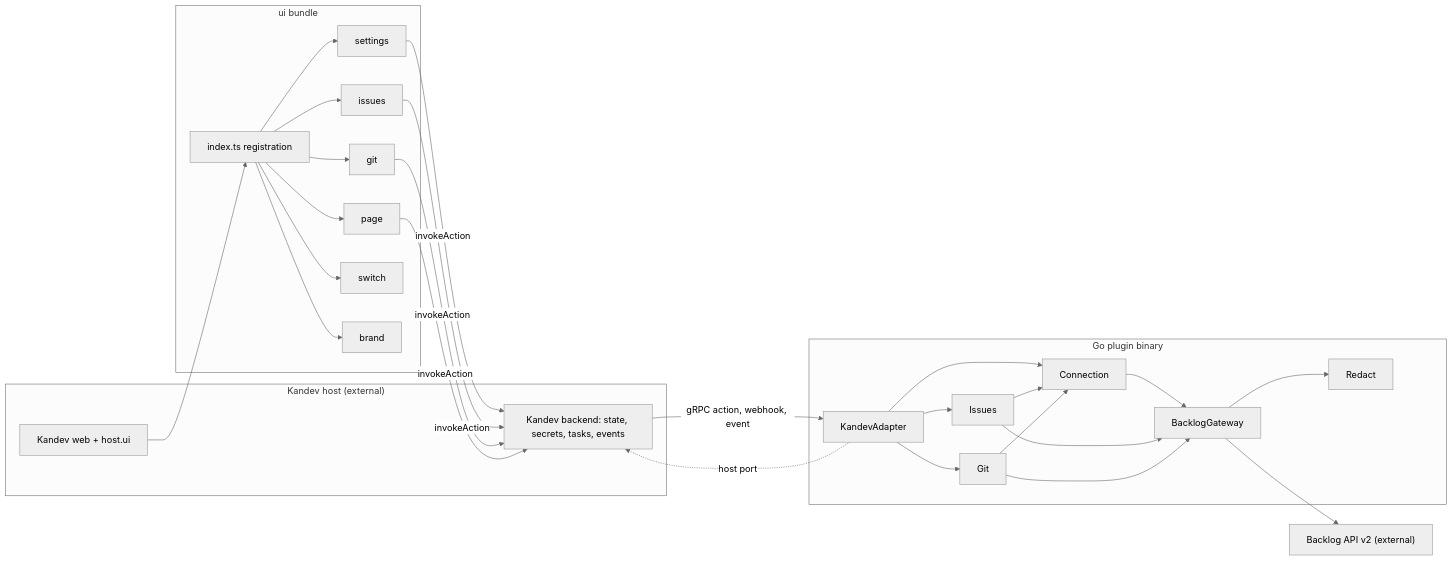
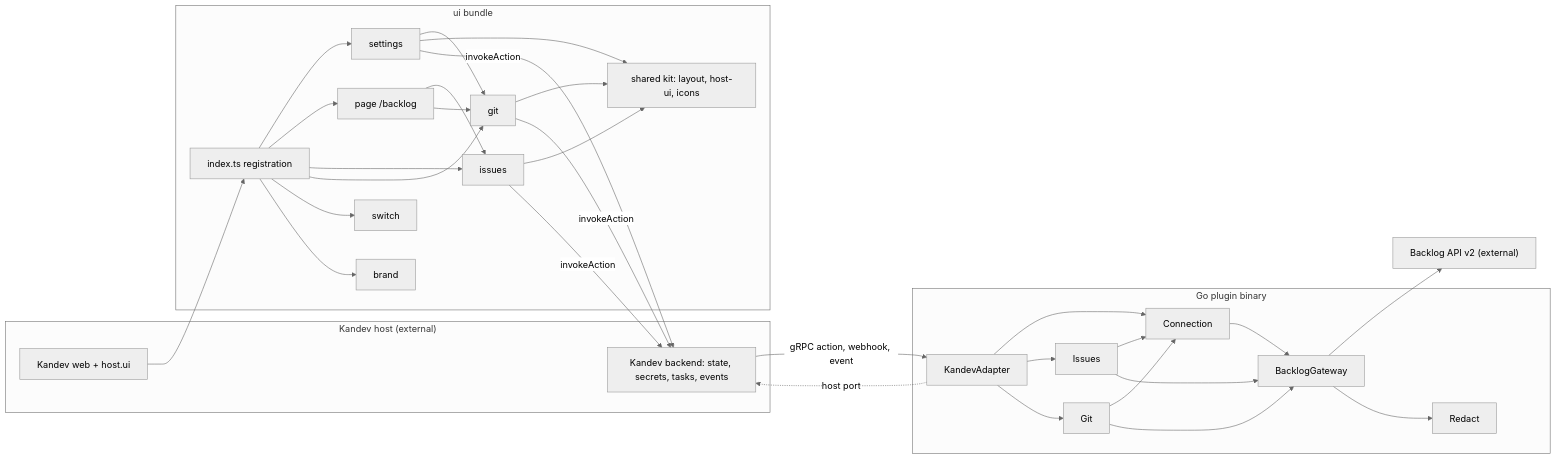
One commit to khuongdo/kandev-plugin-nulab-backlog changed the first of 4 diagrams in aidlc/spaces/default/codekb/kandev-plugin-nulab-backlog/architecture.md. Above: the diagram before and after it, drawn with Mermaid (neutral theme). The commit also changed other lines of this file and 76 other files, not shown here.

````diff
--- a/aidlc/spaces/default/codekb/kandev-plugin-nulab-backlog/architecture.md
+++ b/aidlc/spaces/default/codekb/kandev-plugin-nulab-backlog/architecture.md
@@ -25,48 +25,54 @@
 ```mermaid
 flowchart LR
   subgraph Host["Kandev host (external)"]
     WEB["Kandev web + host.ui"]
     CORE["Kandev backend: state, secrets, tasks, events"]
   end
   subgraph UI["ui bundle"]
     REG["index.ts registration"]
+    KIT["shared kit: layout, host-ui, icons"]
     SET["settings"]
     ISS["issues"]
     GITUI["git"]
-    PAGE["page"]
+    PAGE["page /backlog"]
     SW["switch"]
     BR["brand"]
   end
   subgraph BE["Go plugin binary"]
     AD["KandevAdapter"]
     CONN["Connection"]
     ISSUES["Issues"]
     GIT["Git"]
     GW["BacklogGateway"]
     RED["Redact"]
   end
   BL["Backlog API v2 (external)"]
   WEB --> REG
   REG --> SET
+  REG --> PAGE
   REG --> ISS
   REG --> GITUI
-  REG --> PAGE
   REG --> SW
   REG --> BR
+  PAGE --> ISS
+  PAGE --> GITUI
+  SET --> GITUI
+  SET --> KIT
+  ISS --> KIT
+  GITUI --> KIT
   SET -- "invokeAction" --> CORE
   ISS -- "invokeAction" --> CORE
   GITUI -- "invokeAction" --> CORE
-  PAGE -- "invokeAction" --> CORE
   CORE -- "gRPC action, webhook, event" --> AD
   AD --> CONN
   AD --> ISSUES
   AD --> GIT
   ISSUES --> CONN
   GIT --> CONN
   CONN --> GW
   ISSUES --> GW
   GIT --> GW
   GW --> BL
   AD -. "host port" .-> CORE
   GW --> RED
 ```
````
